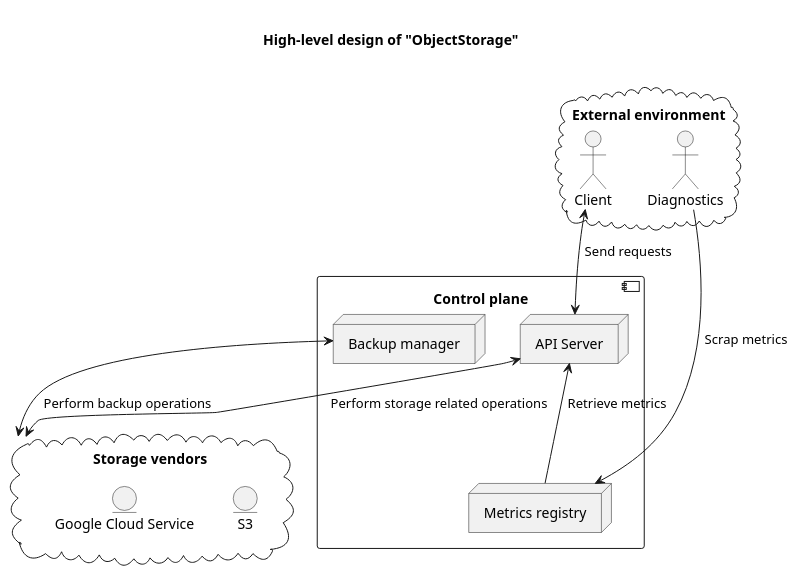
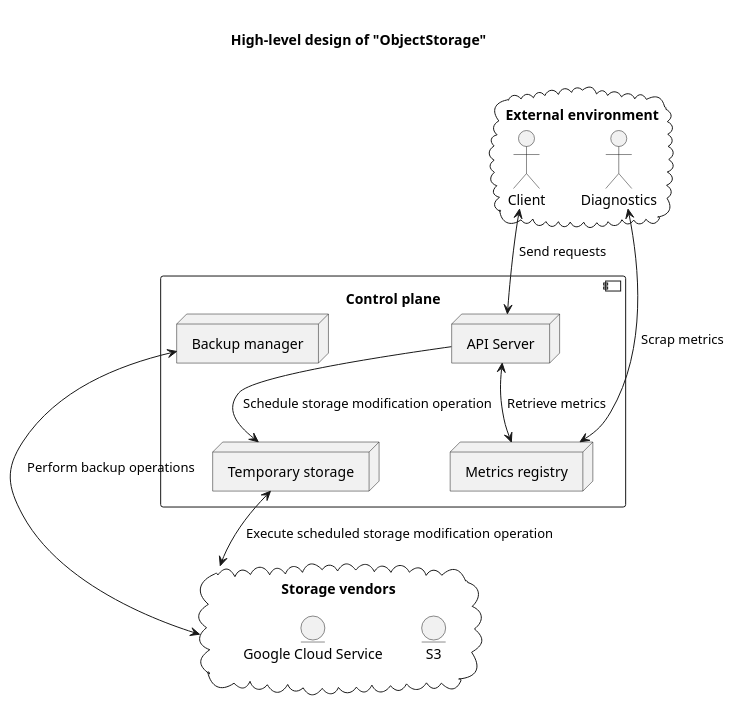
The diagram in docs/high-level-design.md (YarikRevich/ObjectStorage), drawn with PlantUML before and after one commit. The commit also changed 4 other files, not shown here.

````diff
--- a/docs/high-level-design.md
+++ b/docs/high-level-design.md
@@ -1,29 +1,31 @@
 ```plantuml
 title
 
 High-level design of "ObjectStorage"
 
 end title
 
 cloud "External environment" {
 actor "Client"
 actor "Diagnostics"
 }
 
 component "Control plane" {
 node "API Server"
 node "Backup manager"
+node "Temporary storage"
 node "Metrics registry"
 }
 
 cloud " Storage vendors" {
 entity "S3"
 entity "Google Cloud Service"
 }
 
 [Client] <--> [API Server]: " Send requests"
-[API Server] <--> [ Storage vendors]: " Perform storage related operations"
+[API Server] --> [Temporary storage]: " Schedule storage modification operation"
+[Temporary storage] <--> [ Storage vendors]: " Execute scheduled storage modification operation"
 [Backup manager] <--> [ Storage vendors]: " Perform backup operations"
-[API Server] <-- [Metrics registry]: " Retrieve metrics"
-[Diagnostics] --> [Metrics registry]: " Scrap metrics"
+[API Server] <--> [Metrics registry]: " Retrieve metrics"
+[Diagnostics] <--> [Metrics registry]: " Scrap metrics"
 ```
````
